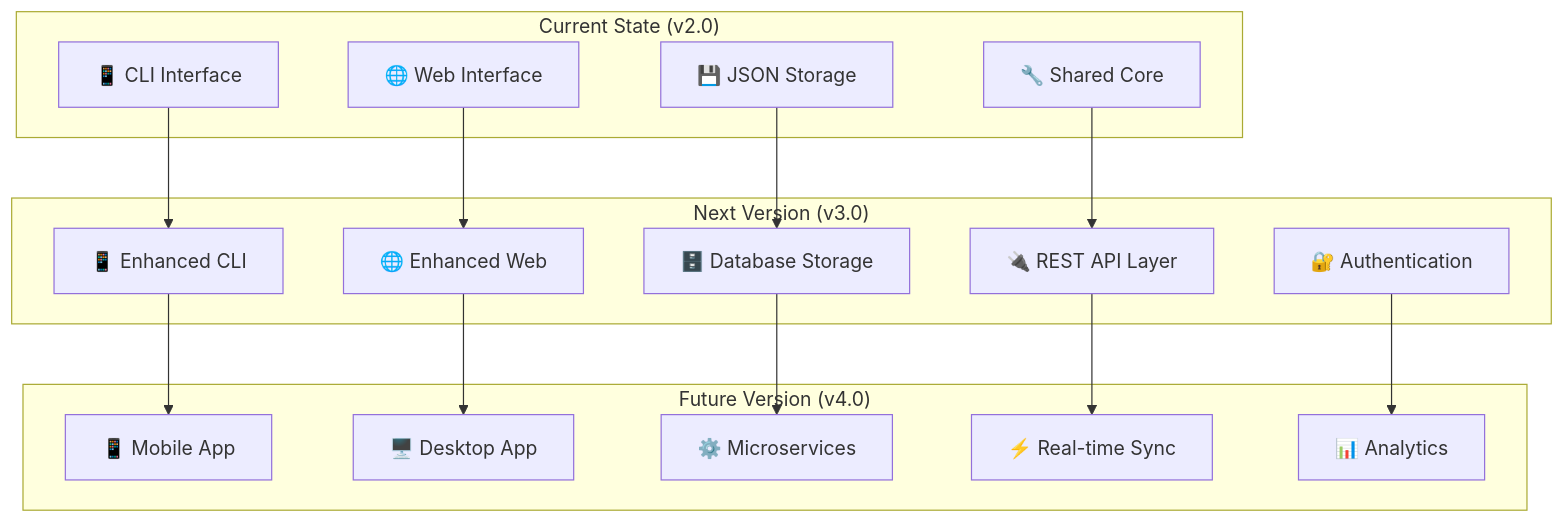
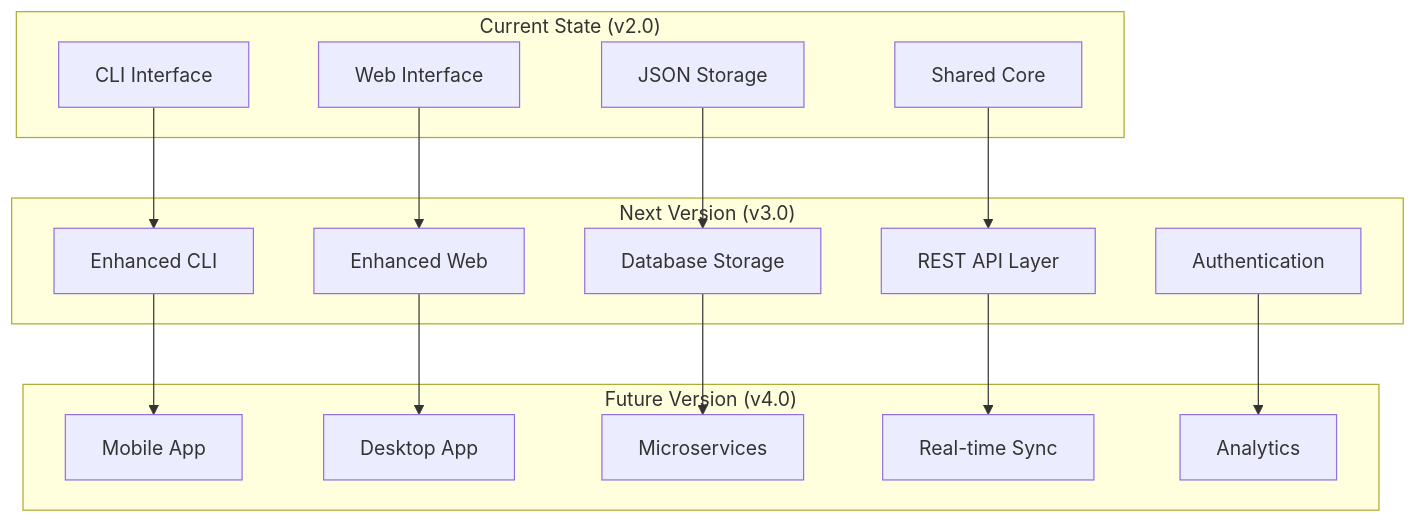
Diagram 18 of 18 in shared/design_document.md (vickeycheng/AI_Test), drawn with Mermaid before and after one commit. The commit also changed other lines of this file, not shown here.

````diff
--- a/shared/design_document.md
+++ b/shared/design_document.md
@@ -825,36 +825,36 @@
 ```mermaid
 graph TD
-    subgraph "Current State (v2.0)"
-        CURRENT_CLI[📱 CLI Interface]
-        CURRENT_WEB[🌐 Web Interface]
-        CURRENT_JSON[💾 JSON Storage]
-        CURRENT_CORE[🔧 Shared Core]
-    end
-    
-    subgraph "Next Version (v3.0)"
-        ENHANCED_CLI[📱 Enhanced CLI]
-        ENHANCED_WEB[🌐 Enhanced Web]
-        DATABASE[🗄️ Database Storage]
-        API_LAYER[🔌 REST API Layer]
-        AUTH[🔐 Authentication]
-    end
-    
-    subgraph "Future Version (v4.0)"
-        MOBILE_APP[📱 Mobile App]
-        DESKTOP_APP[🖥️ Desktop App]
-        MICROSERVICES[⚙️ Microservices]
-        REAL_TIME[⚡ Real-time Sync]
-        ANALYTICS[📊 Analytics]
-    end
-    
-    CURRENT_CLI --> ENHANCED_CLI
-    CURRENT_WEB --> ENHANCED_WEB
-    CURRENT_JSON --> DATABASE
-    CURRENT_CORE --> API_LAYER
-    
-    ENHANCED_CLI --> MOBILE_APP
-    ENHANCED_WEB --> DESKTOP_APP
-    DATABASE --> MICROSERVICES
-    API_LAYER --> REAL_TIME
-    AUTH --> ANALYTICS
+ subgraph "Current State (v2.0)"
+ CURRENT_CLI[ CLI Interface]
+ CURRENT_WEB[ Web Interface]
+ CURRENT_JSON[ JSON Storage]
+ CURRENT_CORE[ Shared Core]
+ end
+ 
+ subgraph "Next Version (v3.0)"
+ ENHANCED_CLI[ Enhanced CLI]
+ ENHANCED_WEB[ Enhanced Web]
+ DATABASE[ Database Storage]
+ API_LAYER[ REST API Layer]
+ AUTH[ Authentication]
+ end
+ 
+ subgraph "Future Version (v4.0)"
+ MOBILE_APP[ Mobile App]
+ DESKTOP_APP[ Desktop App]
+ MICROSERVICES[ Microservices]
+ REAL_TIME[ Real-time Sync]
+ ANALYTICS[ Analytics]
+ end
+ 
+ CURRENT_CLI --> ENHANCED_CLI
+ CURRENT_WEB --> ENHANCED_WEB
+ CURRENT_JSON --> DATABASE
+ CURRENT_CORE --> API_LAYER
+ 
+ ENHANCED_CLI --> MOBILE_APP
+ ENHANCED_WEB --> DESKTOP_APP
+ DATABASE --> MICROSERVICES
+ API_LAYER --> REAL_TIME
+ AUTH --> ANALYTICS
 ```
````
